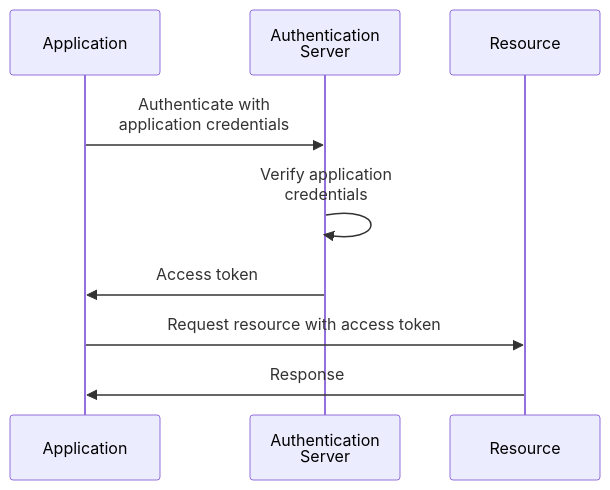
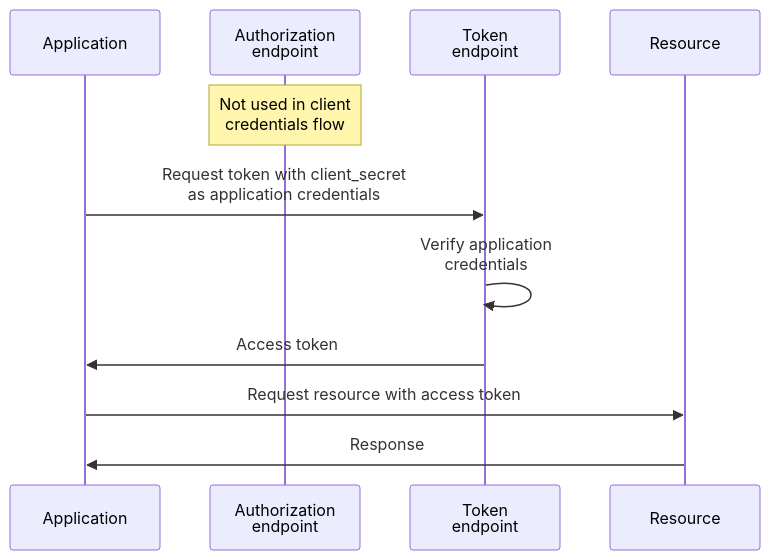
One commit to joetanx/mslab changed the first of 3 diagrams in oauth-2.0-flows.md. Above: the diagram before and after it, drawn with Mermaid. The commit also changed other lines of this file, not shown here.

````diff
--- a/oauth-2.0-flows.md
+++ b/oauth-2.0-flows.md
@@ -3,11 +3,13 @@
 ```mermaid
 sequenceDiagram
-  participant A as Application
-  participant B as Authentication<br>Server
-  participant C as Resource
-  A->>B:Authenticate with<br>application credentials
-  B->>B:Verify application<br>credentials
-  B->>A:Access token
-  A->>C:Request resource with access token
-  C->>A:Response
+  participant B as Application
+  participant C as Authorization<br>endpoint
+  note over C:Not used in client<br>credentials flow
+  participant D as Token<br>endpoint
+  participant E as Resource
+  B->>D:Request token with client_secret<br>as application credentials
+  D->>D:Verify application<br>credentials
+  D->>B:Access token
+  B->>E:Request resource with access token
+  E->>B:Response
 ```
````
